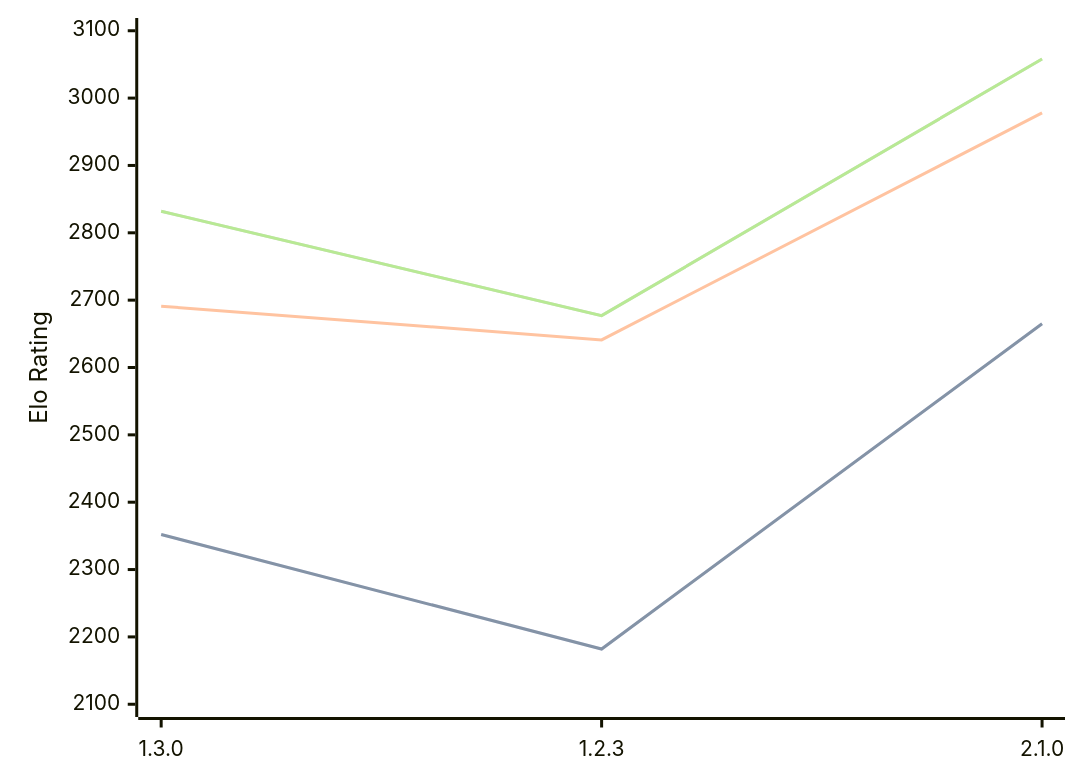
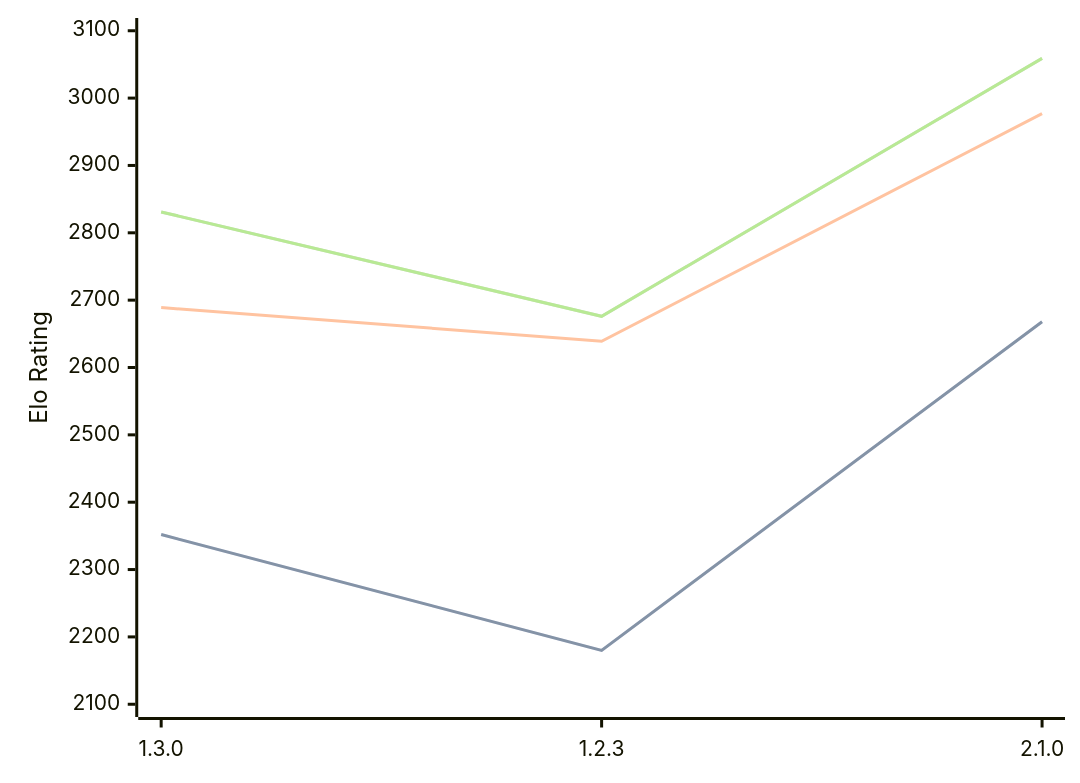
One commit to computer-chess-index/cci changed the first of 3 diagrams in engines/Aspen.md. Above: the diagram before and after it, drawn with Mermaid. The commit also changed other lines of this file, not shown here.

Commit message:
Update CCI Ratings (ELO VLTC) - 2026-06-19

````diff
--- a/engines/Aspen.md
+++ b/engines/Aspen.md
@@ -43,11 +43,11 @@
 ```mermaid
 %%{init: {"theme":"base","themeVariables":{"seriesColors:['#a3a3a3','#222221','#faa371']}}}%%
 xychart-beta
   x-axis ["1.3.0", "1.2.3", "2.1.0"]
   y-axis "Elo Rating" 2100 --> 3100
-  line "STC (8.0+0.08s)" [2352, 2182, 2665]
-  line "STC (8.0+0.08s)" [2352, 2182, 2665]
-  line "LTC (60.0+0.60s)" [2691, 2641, 2978]
-  line "VLTC (2m24s+1.12s)" [2832, 2677, 3058]
-  line "VLTC (2m24s+1.12s)" [2832, 2677, 3058]
+  line "STC (8.0+0.08s)" [2352, 2180, 2668]
+  line "STC (8.0+0.08s)" [2352, 2180, 2668]
+  line "LTC (60.0+0.60s)" [2689, 2639, 2977]
+  line "VLTC (2m24s+1.12s)" [2831, 2676, 3059]
+  line "VLTC (2m24s+1.12s)" [2831, 2676, 3059]
 ```
````
